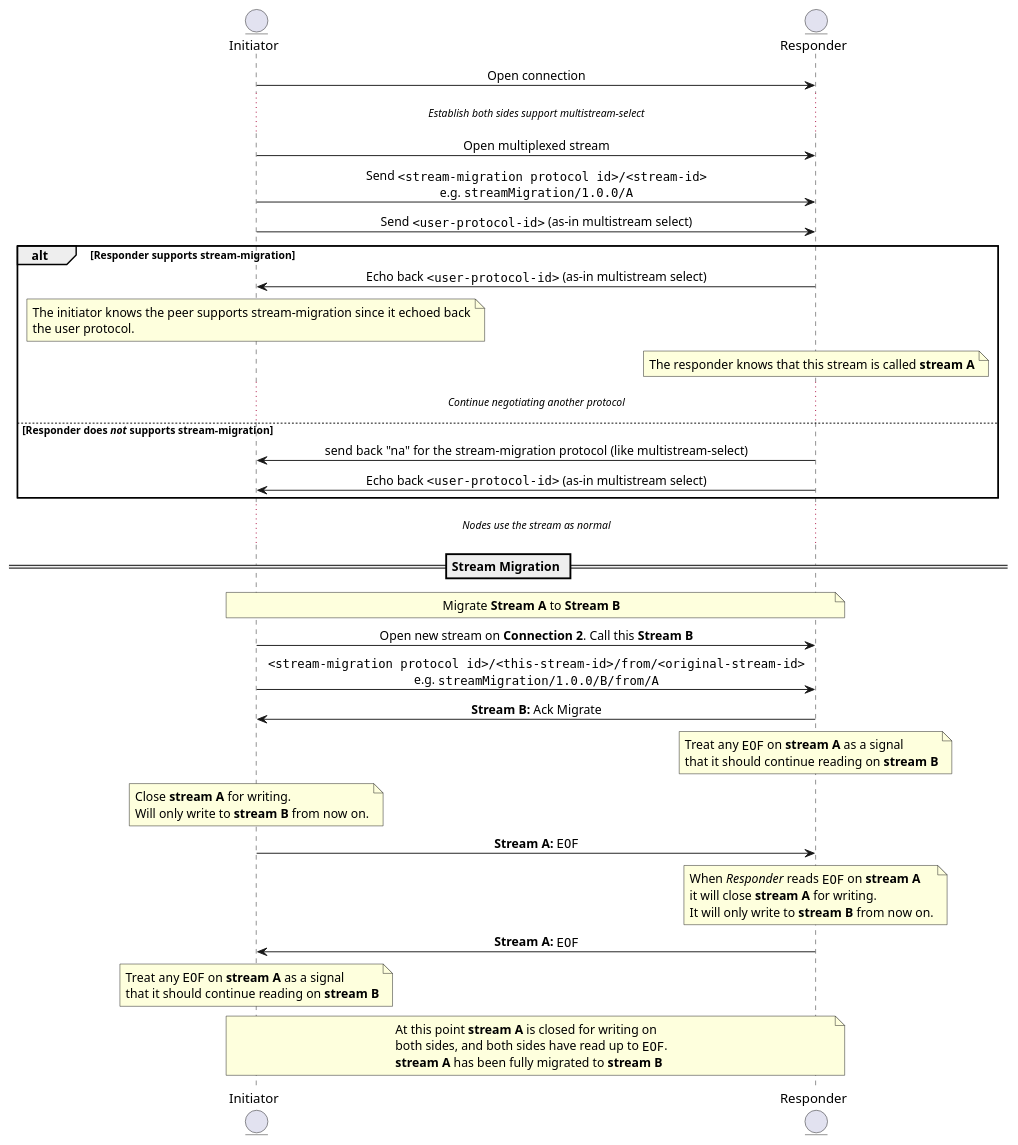
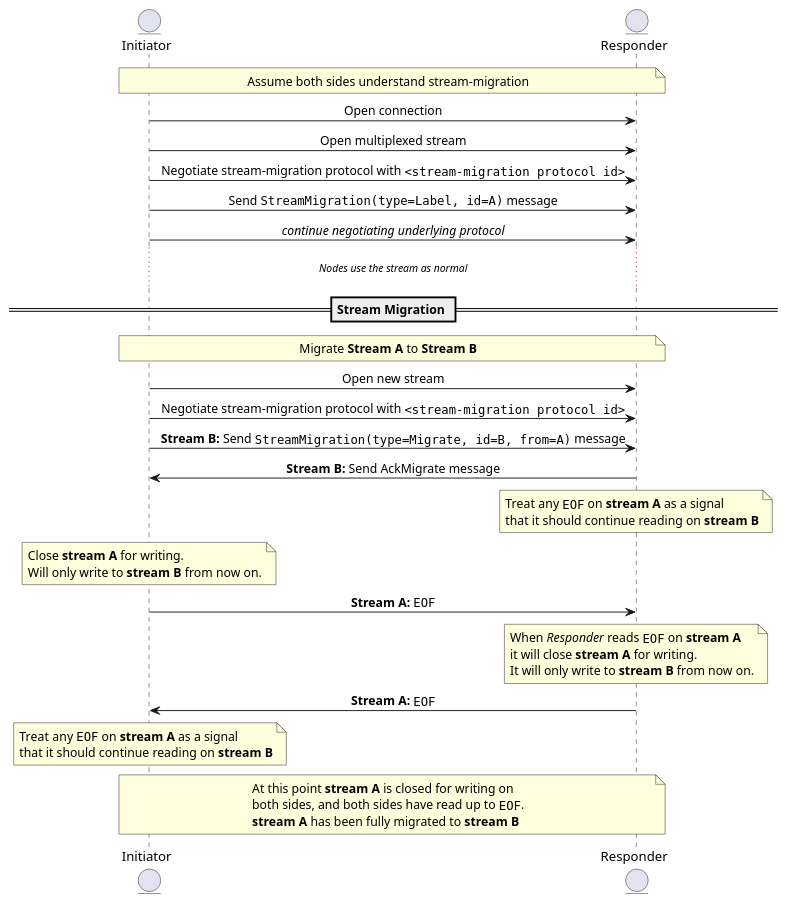
Before and after one commit to libp2p/specs: the first of 2 diagrams in connections/stream-migration.md, drawn with PlantUML.

Commit message:
Don't pass arguments in protocol id

````diff
--- a/connections/stream-migration.md
+++ b/connections/stream-migration.md
@@ -47,80 +47,63 @@
 ``` plantuml
 @startuml stream-migration
 skinparam sequenceMessageAlign center
 entity Initiator
 entity Responder
 
-' note over Initiator, Responder: Assume at least 2 connections.
+note over Initiator, Responder: Assume both sides understand stream-migration
 
 Initiator -> Responder: Open connection
-... <i>Establish both sides support multistream-select</i> ...
-
 Initiator -> Responder: Open multiplexed stream
 
-Initiator -> Responder: Send ""<stream-migration protocol id>/<stream-id>""\ne.g. ""streamMigration/1.0.0/A""
-Initiator -> Responder: Send ""<user-protocol-id>"" (as-in multistream select)
+Initiator -> Responder: Negotiate stream-migration protocol with ""<stream-migration protocol id>""
 
-alt Responder supports stream-migration
-  Initiator <- Responder: Echo back ""<user-protocol-id>"" (as-in multistream select)
-  note over Initiator
-   The initiator knows the peer supports stream-migration since it echoed back
-   the user protocol.
-  end note
+Initiator -> Responder: Send ""StreamMigration(type=Label, id=A)"" message
 
-
-  note over Responder
-   The responder knows that this stream is called <b>stream A</b>
-  end note
-
-  ... <i>Continue negotiating another protocol</i> ...
-else Responder does <i>not</i> supports stream-migration
-  Initiator <- Responder: send back "na" for the stream-migration protocol (like multistream-select)
-  Initiator <- Responder: Echo back ""<user-protocol-id>"" (as-in multistream select)
-end
-
+Initiator -> Responder: <i> continue negotiating underlying protocol </i>
 ... <i>Nodes use the stream as normal<i> ...
 
 == Stream Migration ==
 
 note over Initiator, Responder: Migrate <b>Stream A</b> to <b>Stream B</b>
 
-Initiator -> Responder: Open new stream on <b>Connection 2</b>. Call this <b>Stream B</b>
+Initiator -> Responder: Open new stream
+Initiator -> Responder: Negotiate stream-migration protocol with ""<stream-migration protocol id>""
 
-Initiator -> Responder: ""<stream-migration protocol id>/<this-stream-id>/from/<original-stream-id>""\ne.g. ""streamMigration/1.0.0/B/from/A""
+Initiator -> Responder: <b>Stream B:</b> Send ""StreamMigration(type=Migrate, id=B, from=A)"" message
 
-Initiator <- Responder: <b>Stream B:</b> Ack Migrate
+Initiator <- Responder: <b>Stream B:</b> Send AckMigrate message
 
 note over Responder
     Treat any ""EOF"" on <b>stream A</b> as a signal
     that it should continue reading on <b>stream B</b>
 end note
 
 
 note over Initiator
     Close <b>stream A</b> for writing.
     Will only write to <b>stream B</b> from now on.
 end note
 
 Initiator -> Responder: <b>Stream A:</b> ""EOF""
 
 note over Responder
     When <i>Responder</i> reads ""EOF"" on <b>stream A</b>
     it will close <b>stream A</b> for writing.
     It will only write to <b>stream B</b> from now on.
 end note
 
 Initiator <- Responder: <b>Stream A:</b> ""EOF""
 
 note over Initiator
     Treat any ""EOF"" on <b>stream A</b> as a signal
     that it should continue reading on <b>stream B</b>
 end note
 
 note over Initiator, Responder
     At this point <b>stream A</b> is closed for writing on
     both sides, and both sides have read up to ""EOF"".
     <b>stream A</b> has been fully migrated to <b>stream B</b>
 end note
 
 @enduml
 ```
````
